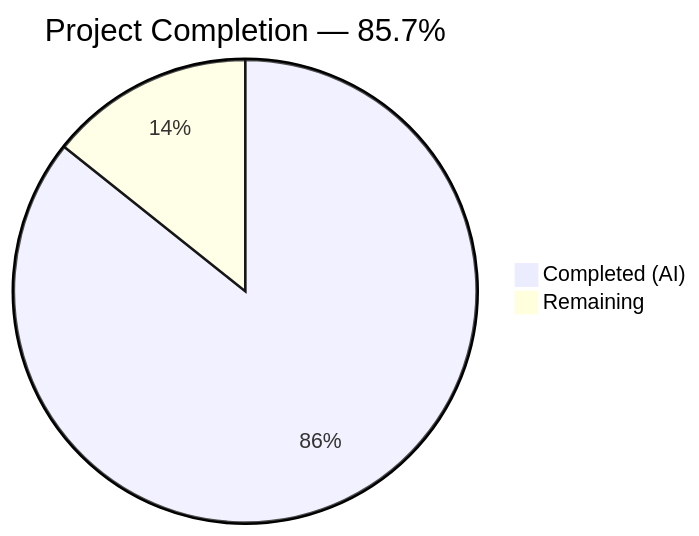
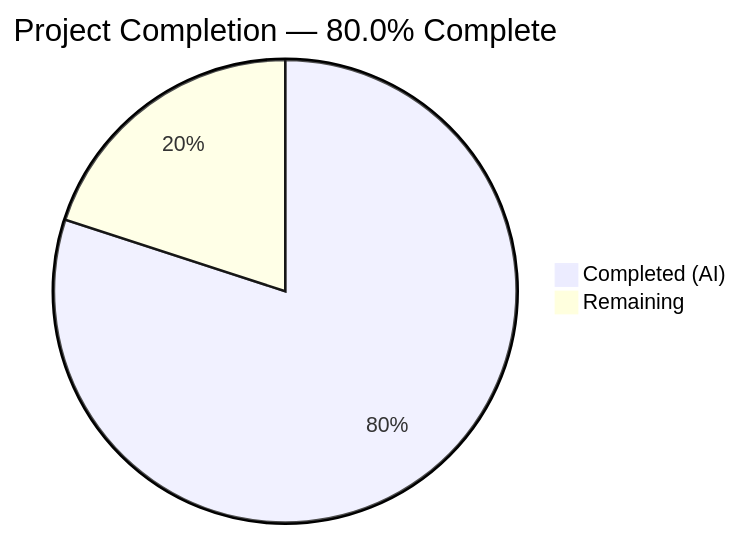
The first of 2 diagrams in blitzy/documentation/Project Guide.md (Sandeep01Kumar/05-march-existing-projects-qa-test), drawn with Mermaid before and after one commit. The commit also changed other lines of this file, not shown here.

Commit message:
Adding Blitzy Project Guide: Project Status and Human Tasks Remaining

````diff
--- a/blitzy/documentation/Project Guide.md
+++ b/blitzy/documentation/Project Guide.md
@@ -13,5 +13,5 @@
 ```mermaid
-pie title Project Completion — 85.7%
-    "Completed (AI)" : 12
+pie title Project Completion — 80.0% Complete
+    "Completed (AI)" : 8
     "Remaining" : 2
 ```
````
